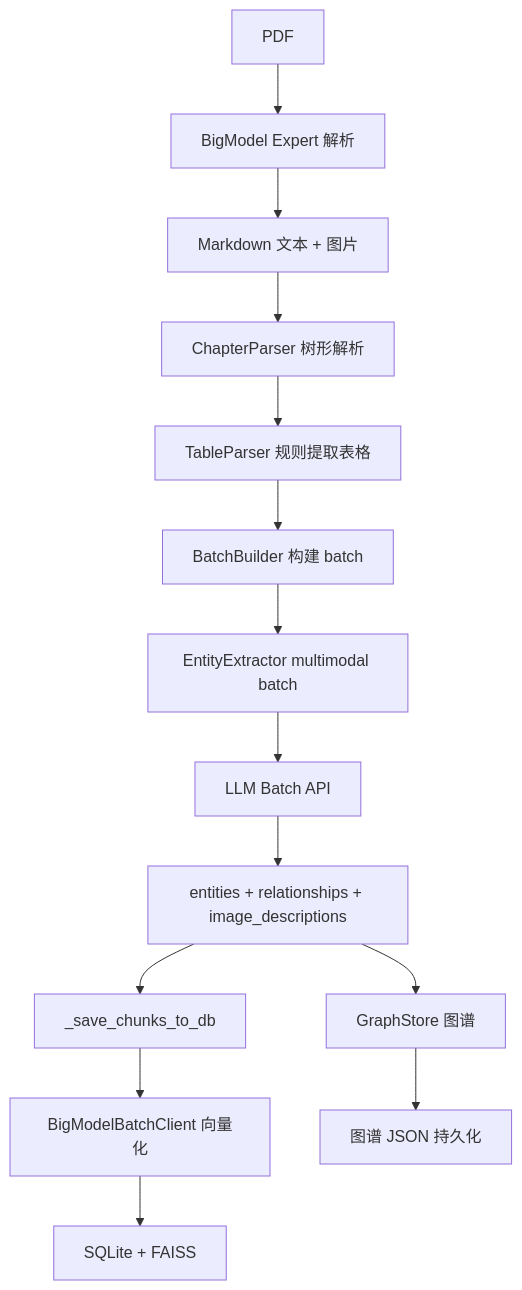
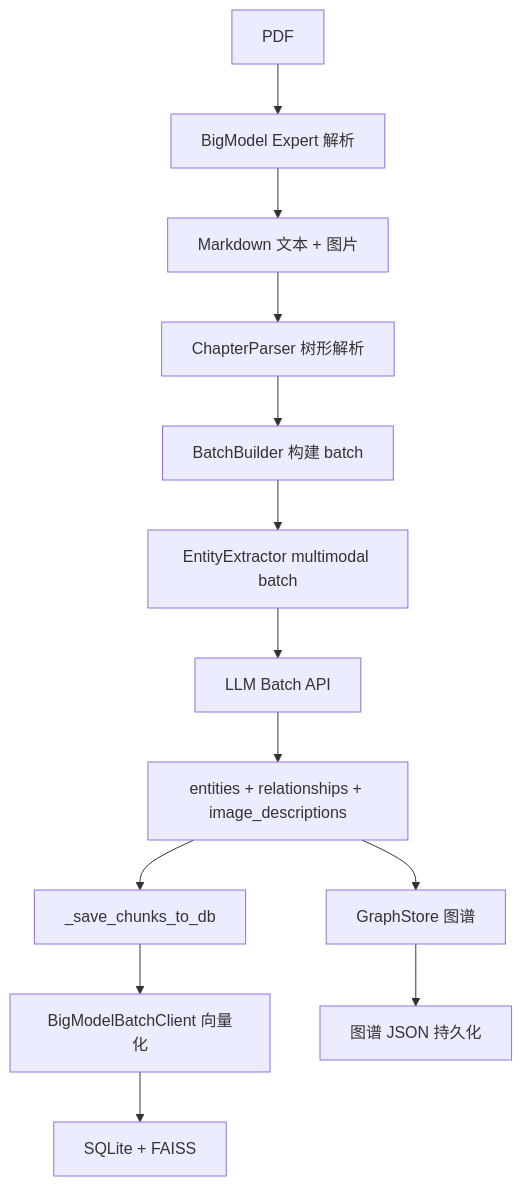
Before and after one commit to sjj-star/work-docs-library: the diagram in README.md, drawn with Mermaid. The commit also changed other lines of this file and 2 other files, not shown here.

````diff
--- a/README.md
+++ b/README.md
@@ -38,16 +38,15 @@
 ```mermaid
 flowchart TB
     A[PDF] --> B[BigModel Expert 解析]
     B --> C[Markdown 文本 + 图片]
     C --> D[ChapterParser 树形解析]
-    D --> E1[TableParser 规则提取表格]
-    E1 --> E[BatchBuilder 构建 batch]
+    D --> E[BatchBuilder 构建 batch]
     E --> F[EntityExtractor multimodal batch]
     F --> G[LLM Batch API]
     G --> H[entities + relationships + image_descriptions]
     H --> I[GraphStore 图谱]
     H --> J[_save_chunks_to_db]
     J --> K[BigModelBatchClient 向量化]
     K --> L[SQLite + FAISS]
     I --> M[图谱 JSON 持久化]
 ```
````
